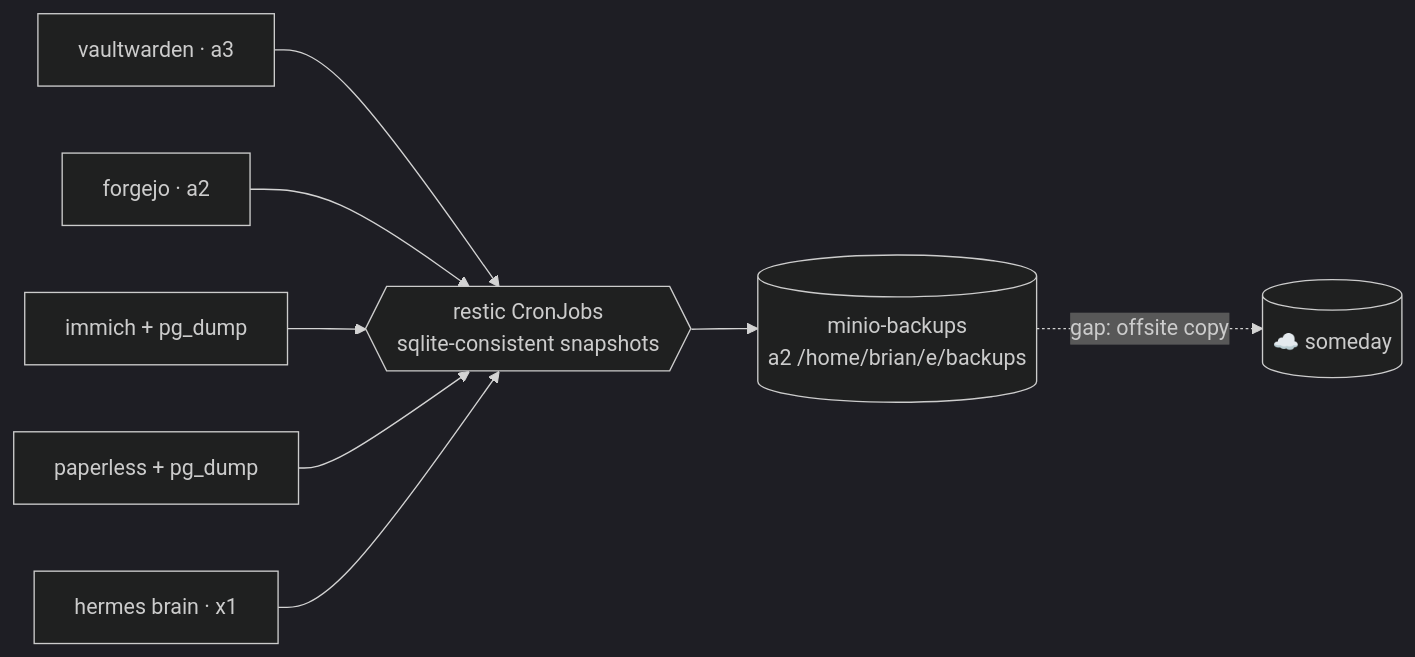
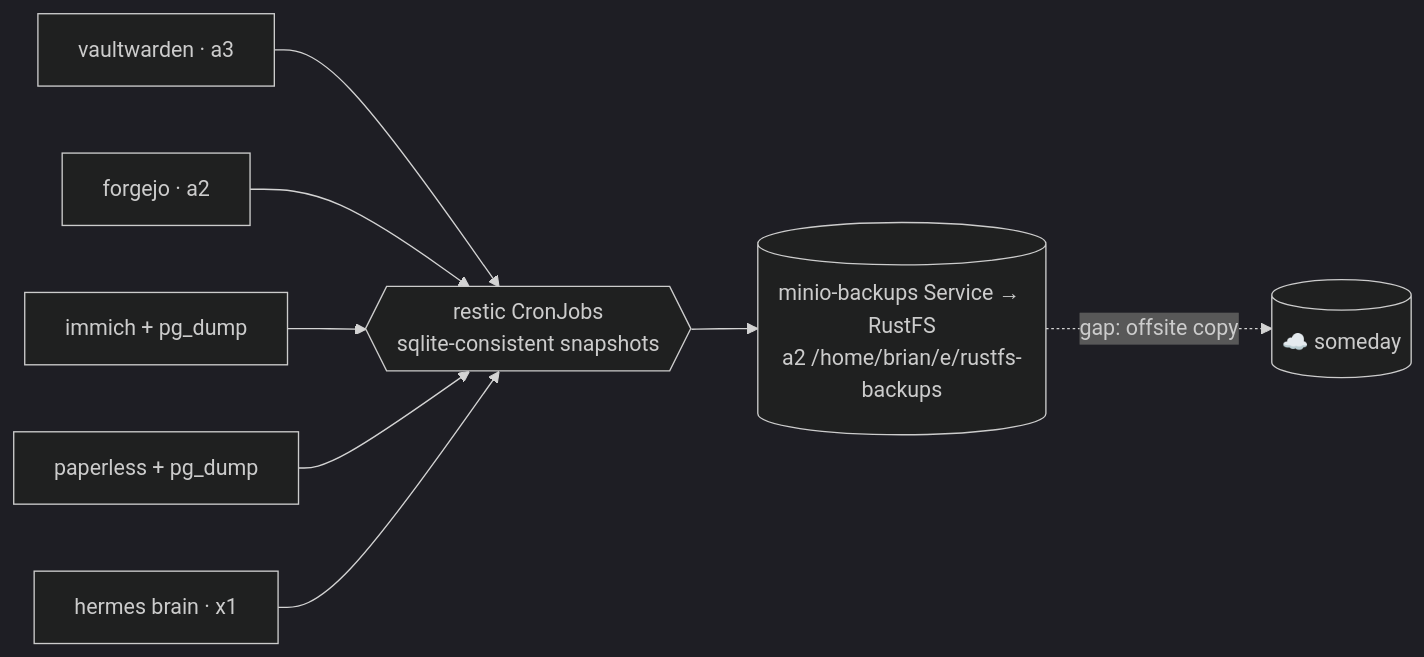
One commit to briancaffey/home-lab changed the diagram in docs-site/docs/platform/backups.md. Above: the diagram before and after it, drawn with Mermaid (dark theme). The commit also changed other lines of this file and 28 other files, not shown here.

````diff
--- a/docs-site/docs/platform/backups.md
+++ b/docs-site/docs/platform/backups.md
@@ -27,10 +27,10 @@
 ```mermaid
 flowchart LR
     VW[vaultwarden · a3] --> R{{"restic CronJobs<br/>sqlite-consistent snapshots"}}
     FJ[forgejo · a2] --> R
     IM[immich + pg_dump] --> R
     PL[paperless + pg_dump] --> R
     HM[hermes brain · x1] --> R
-    R --> M[("minio-backups<br/>a2 /home/brian/e/backups")]
+    R --> M[("minio-backups Service → RustFS<br/>a2 /home/brian/e/rustfs-backups")]
     M -. "gap: offsite copy" .-> X[("☁️ someday")]
 ```
````
